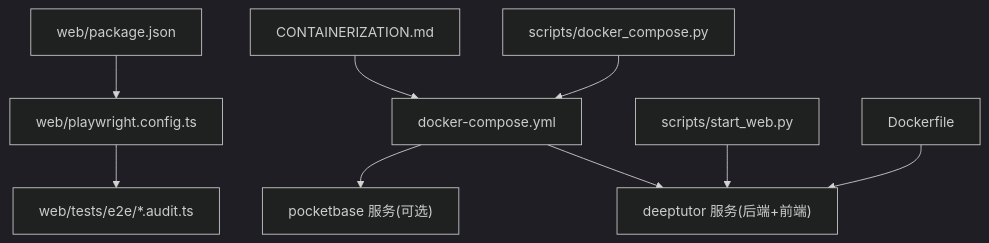
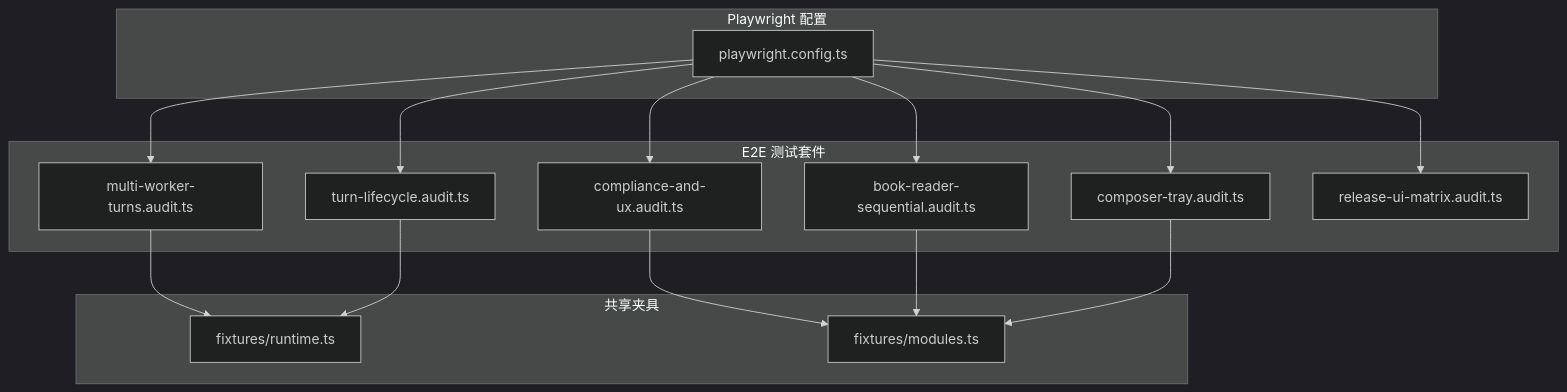
Before and after one commit to gongzili456/DeepTutor: the first of 10 diagrams in .qoder/repowiki/zh/content/测试策略/端到端测试.md, drawn with Mermaid (dark theme). The commit also changed other lines of this file and 1242 other files, not shown here.

````diff
--- a/.qoder/repowiki/zh/content/测试策略/端到端测试.md
+++ b/.qoder/repowiki/zh/content/测试策略/端到端测试.md
@@ -40,11 +36,29 @@
 ```mermaid
 graph TB
-A["web/playwright.config.ts"] --> B["web/tests/e2e/*.audit.ts"]
-C["web/package.json"] --> A
-D["docker-compose.yml"] --> E["deeptutor 服务(后端+前端)"]
-D --> F["pocketbase 服务(可选)"]
-G["scripts/docker_compose.py"] --> D
-H["scripts/start_web.py"] --> E
-I["Dockerfile"] --> E
-J["CONTAINERIZATION.md"] --> D
+subgraph "Playwright 配置"
+C["playwright.config.ts"]
+end
+subgraph "E2E 测试套件"
+T1["multi-worker-turns.audit.ts"]
+T2["compliance-and-ux.audit.ts"]
+T3["turn-lifecycle.audit.ts"]
+T4["book-reader-sequential.audit.ts"]
+T5["composer-tray.audit.ts"]
+T6["release-ui-matrix.audit.ts"]
+end
+subgraph "共享夹具"
+F1["fixtures/runtime.ts"]
+F2["fixtures/modules.ts"]
+end
+C --> T1
+C --> T2
+C --> T3
+C --> T4
+C --> T5
+C --> T6
+T1 --> F1
+T2 --> F2
+T3 --> F1
+T4 --> F2
+T5 --> F2
 ```
````
